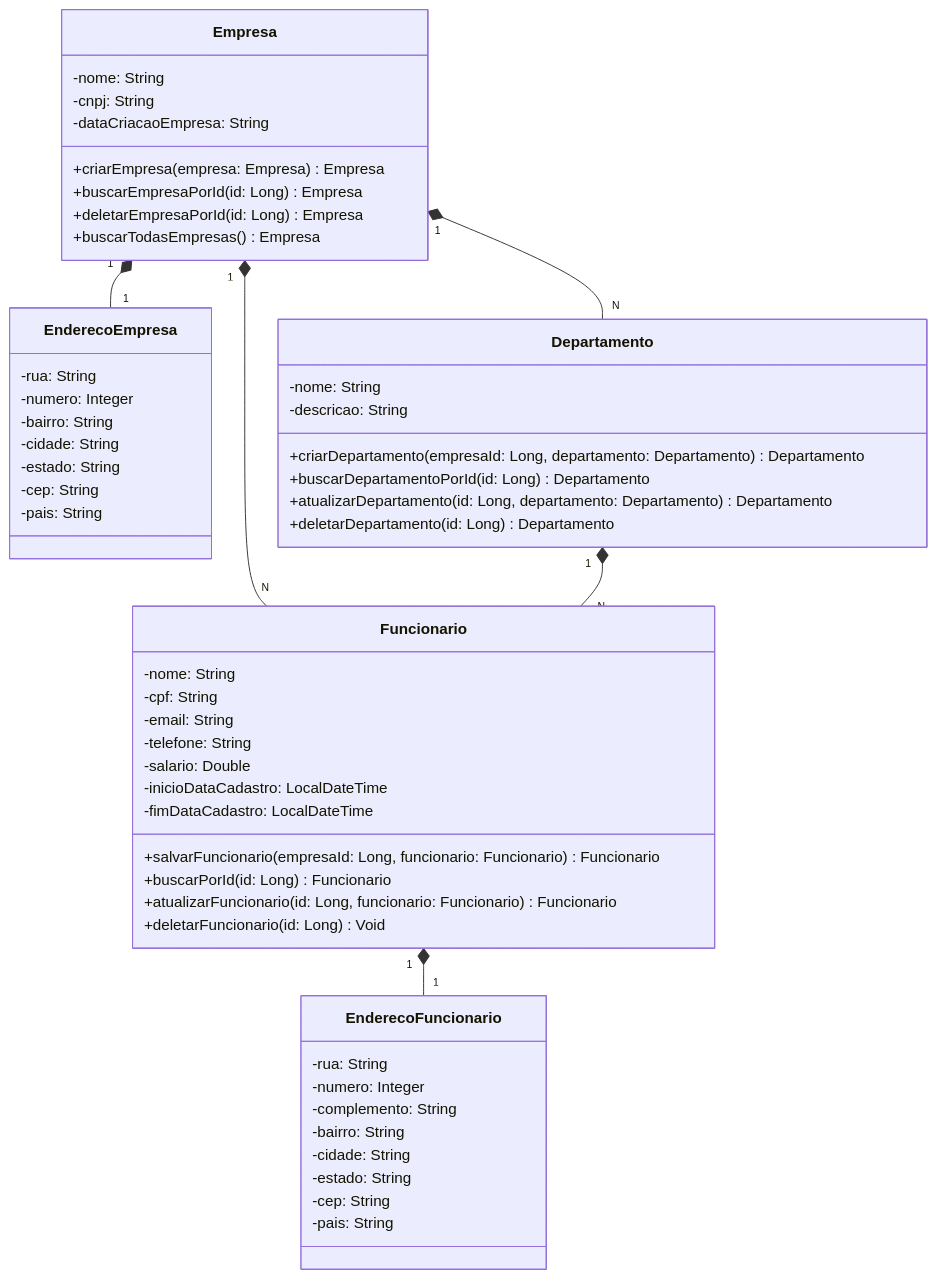
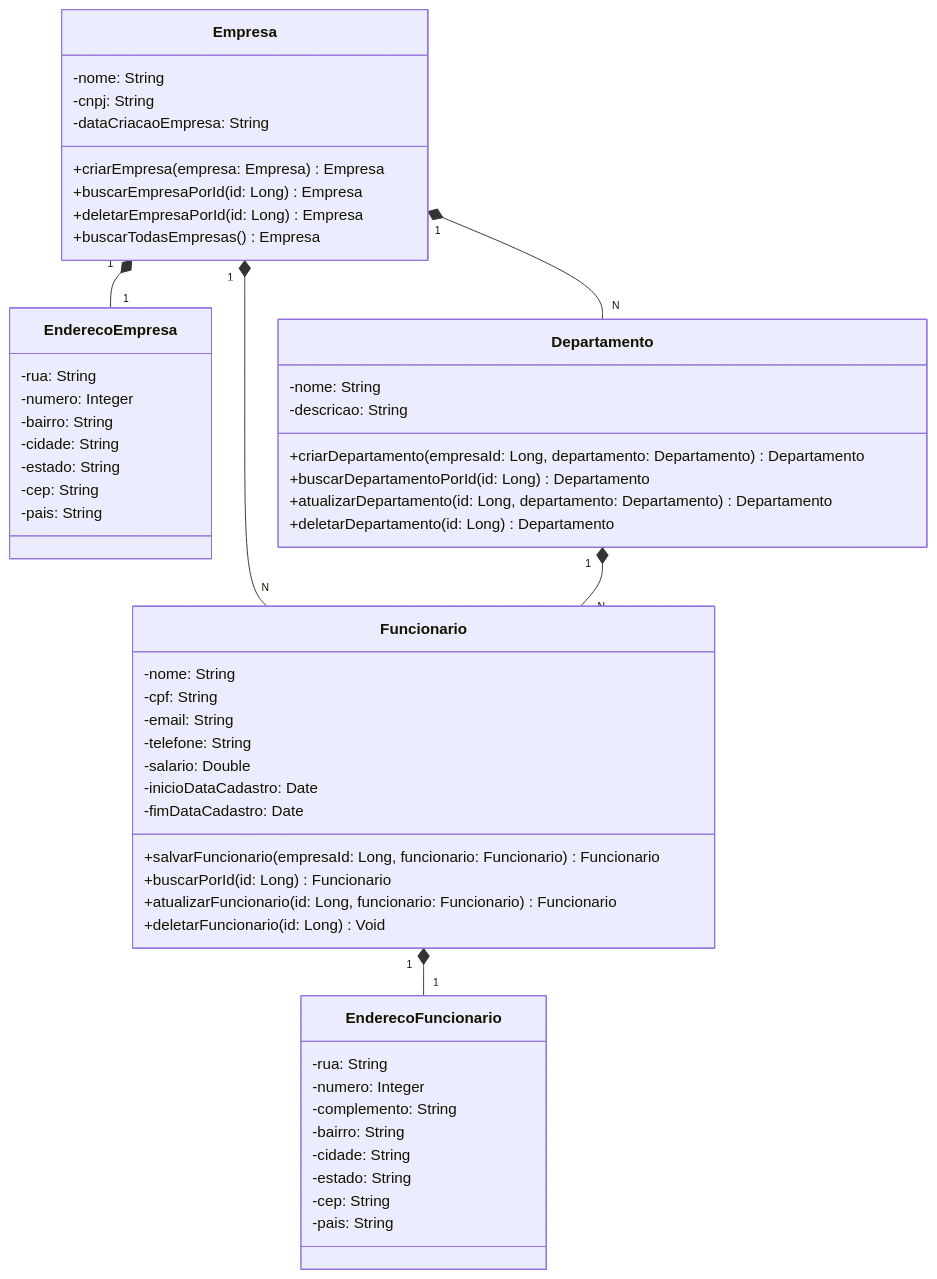
The diagram in README.md (RafaSamm/empresaG), drawn with Mermaid before and after one commit.

````diff
--- a/README.md
+++ b/README.md
@@ -13,60 +13,60 @@
 ```mermaid
 classDiagram
     class Empresa {
         -nome: String
         -cnpj: String
         -dataCriacaoEmpresa: String
         +criarEmpresa(empresa: Empresa) Empresa
         +buscarEmpresaPorId(id: Long) Empresa
         +deletarEmpresaPorId(id: Long) Empresa
         +buscarTodasEmpresas() Empresa
         
     }
     class EnderecoEmpresa {   
         -rua: String
         -numero: Integer
         -bairro: String
         -cidade: String
         -estado: String
         -cep: String
         -pais: String
     }
     class Departamento {
         -nome: String
         -descricao: String
         +criarDepartamento(empresaId: Long, departamento: Departamento) Departamento
         +buscarDepartamentoPorId(id: Long) Departamento
         +atualizarDepartamento(id: Long, departamento: Departamento) Departamento
         +deletarDepartamento(id: Long) Departamento
     }
     class Funcionario {
         -nome: String
         -cpf: String
         -email: String
         -telefone: String
         -salario: Double
-        -inicioDataCadastro: LocalDateTime
-        -fimDataCadastro: LocalDateTime
+        -inicioDataCadastro: Date
+        -fimDataCadastro: Date
         +salvarFuncionario(empresaId: Long, funcionario: Funcionario) Funcionario
         +buscarPorId(id: Long) Funcionario
         +atualizarFuncionario(id: Long, funcionario: Funcionario) Funcionario
         +deletarFuncionario(id: Long) Void    
     }
      class EnderecoFuncionario {   
         -rua: String
         -numero: Integer
         -complemento: String
         -bairro: String
         -cidade: String
         -estado: String
         -cep: String
         -pais: String
     }
 
     Empresa "1" *-- "1" EnderecoEmpresa
     Empresa "1" *-- "N" Departamento
     Empresa "1" *-- "N" Funcionario
     Departamento "1" *-- "N" Funcionario
     Funcionario "1" *-- "1" EnderecoFuncionario
 
 ```
````
